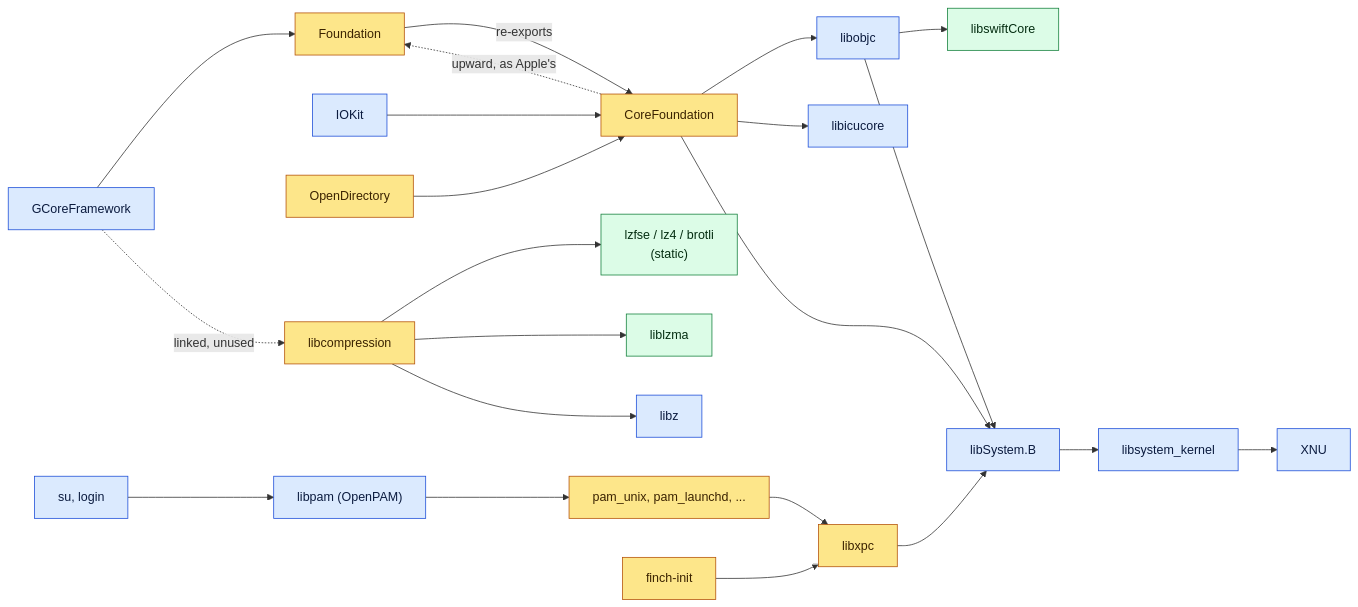
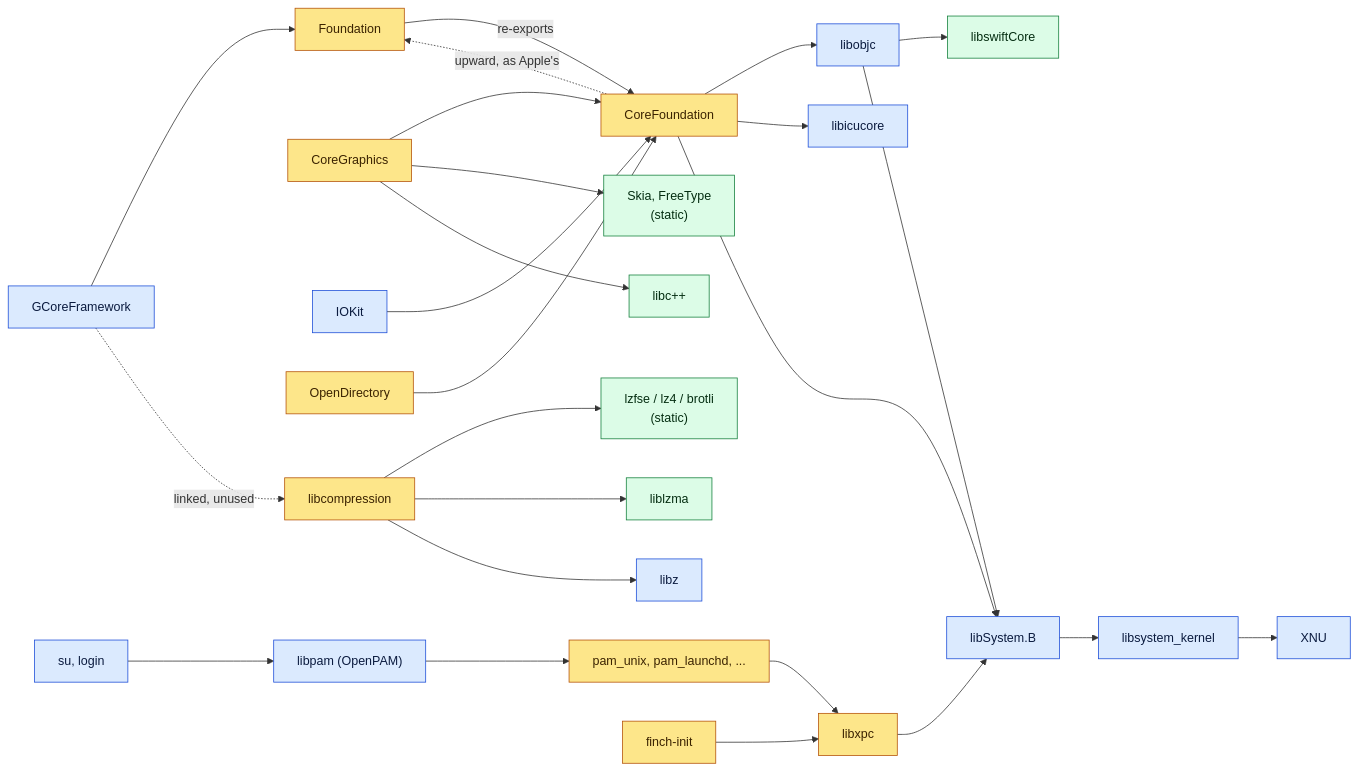
The second of 2 diagrams in docs/STACK.md (calebtrueman/finch), drawn with Mermaid before and after one commit. The commit also changed other lines of this file and 14 other files, not shown here.

First line of the commit message:
CoreGraphics: the framework, geometry, affine transforms and paths

````diff
--- a/docs/STACK.md
+++ b/docs/STACK.md
@@ -131,48 +135,54 @@
 ```mermaid
 flowchart LR
     classDef apple fill:#dbeafe,stroke:#1d4ed8,color:#0b1b3f
     classDef finch fill:#fde68a,stroke:#b45309,color:#3b2300
     classDef upstream fill:#dcfce7,stroke:#15803d,color:#052e12
     classDef planned fill:#f3f4f6,stroke:#9ca3af,color:#6b7280,stroke-dasharray:4 3
     classDef closed fill:#ffffff,stroke:#b91c1c,color:#b91c1c,stroke-width:2px
 
     gcore["GCoreFramework"]:::apple
     ffound["Foundation"]:::finch
+    cgfw["CoreGraphics"]:::finch
+    skialib["Skia, FreeType<br/>(static)"]:::upstream
+    cxxlib["libc++"]:::upstream
     cf["CoreFoundation"]:::finch
     iokit["IOKit"]:::apple
     od["OpenDirectory"]:::finch
     objc["libobjc"]:::apple
     swift["libswiftCore"]:::upstream
     icu["libicucore"]:::apple
     comp["libcompression"]:::finch
     codecs["lzfse / lz4 / brotli<br/>(static)"]:::upstream
     lzma["liblzma"]:::upstream
     z["libz"]:::apple
     pamlib["libpam (OpenPAM)"]:::apple
     pammods["pam_unix, pam_launchd, ..."]:::finch
     su["su, login"]:::apple
     xpc["libxpc"]:::finch
     init["finch-init"]:::finch
     sys["libSystem.B"]:::apple
     kern["libsystem_kernel"]:::apple
     xnu["XNU"]:::apple
 
     gcore --> ffound
     gcore -.->|"linked, unused"| comp
     ffound -->|"re-exports"| cf
     cf -.->|"upward, as Apple's"| ffound
     cf --> objc --> swift
     cf --> icu
     iokit --> cf
+    cgfw --> cf
+    cgfw --> skialib
+    cgfw --> cxxlib
     od --> cf
     comp --> codecs
     comp --> lzma
     comp --> z
     su --> pamlib --> pammods
     pammods --> xpc
     init --> xpc
     cf --> sys
     objc --> sys
     xpc --> sys
     sys --> kern --> xnu
 ```
````
